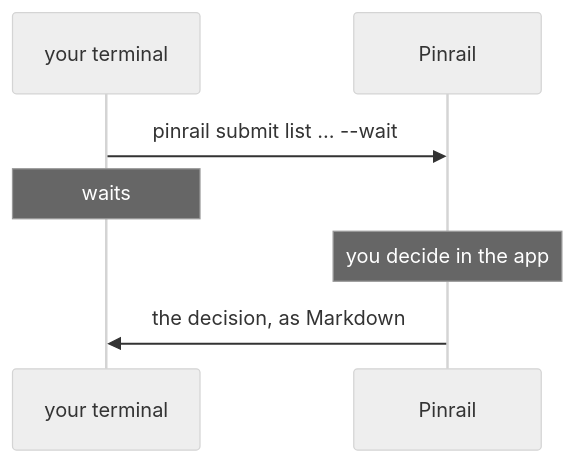
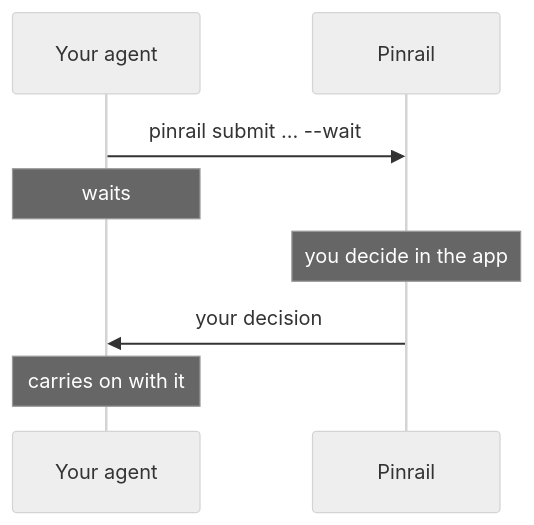
The diagram in docs/getting-started/first-review.md (forgeplane/pinrail), drawn with Mermaid (neutral theme) before and after one commit. The commit also changed other lines of this file and 2 other files, not shown here.

Commit message:
Start the first review with an agent's request

````diff
--- a/docs/getting-started/first-review.md
+++ b/docs/getting-started/first-review.md
@@ -8,9 +8,10 @@
 ```mermaid title="The steps on this page"
 sequenceDiagram
-  participant T as your terminal
+  participant A as Your agent
   participant W as Pinrail
-  T->>W: pinrail submit list … --wait
-  Note over T: waits
+  A->>W: pinrail submit … --wait
+  Note over A: waits
   Note over W: you decide in the app
-  W->>T: the decision, as Markdown
+  W->>A: your decision
+  Note over A: carries on with it
 ```
````
